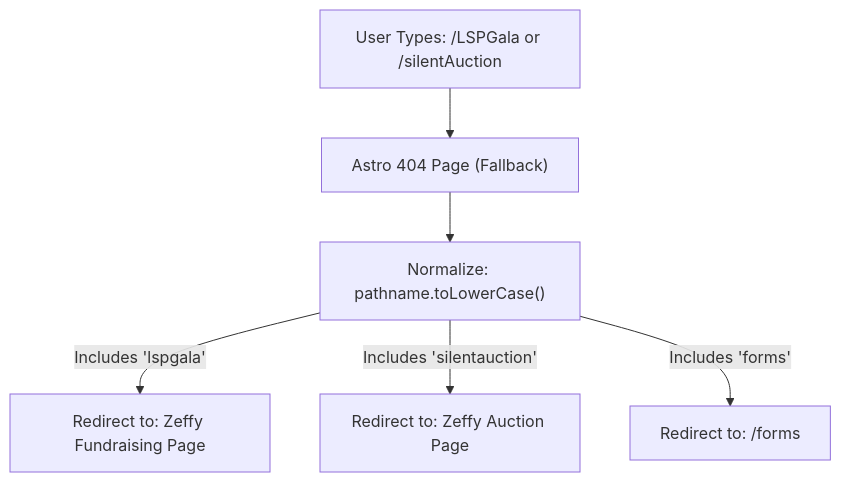
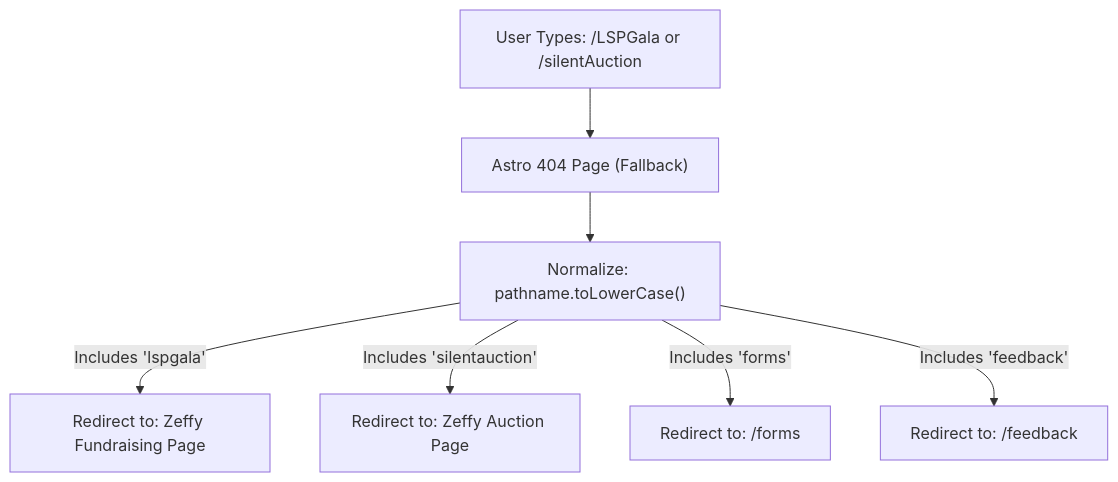
One commit to awaisqazi/latinasweatproject changed the second of 2 diagrams in design.md. Above: the diagram before and after it, drawn with Mermaid. The commit also changed other lines of this file and 2 other files, not shown here.

Commit message:
Add Google-backed feedback page

````diff
--- a/design.md
+++ b/design.md
@@ -418,8 +453,9 @@
 ```mermaid
 graph TD
     User["User Types: /LSPGala or /silentAuction"] --> Astro404["Astro 404 Page (Fallback)"]
     Astro404 --> JSNormalize["Normalize: pathname.toLowerCase()"]
     JSNormalize -- Includes 'lspgala' --> RedirectZeffyGala["Redirect to: Zeffy Fundraising Page"]
     JSNormalize -- Includes 'silentauction' --> RedirectZeffyAuction["Redirect to: Zeffy Auction Page"]
     JSNormalize -- Includes 'forms' --> RedirectLocal["Redirect to: /forms"]
+    JSNormalize -- Includes 'feedback' --> RedirectFeedback["Redirect to: /feedback"]
 ```
````
